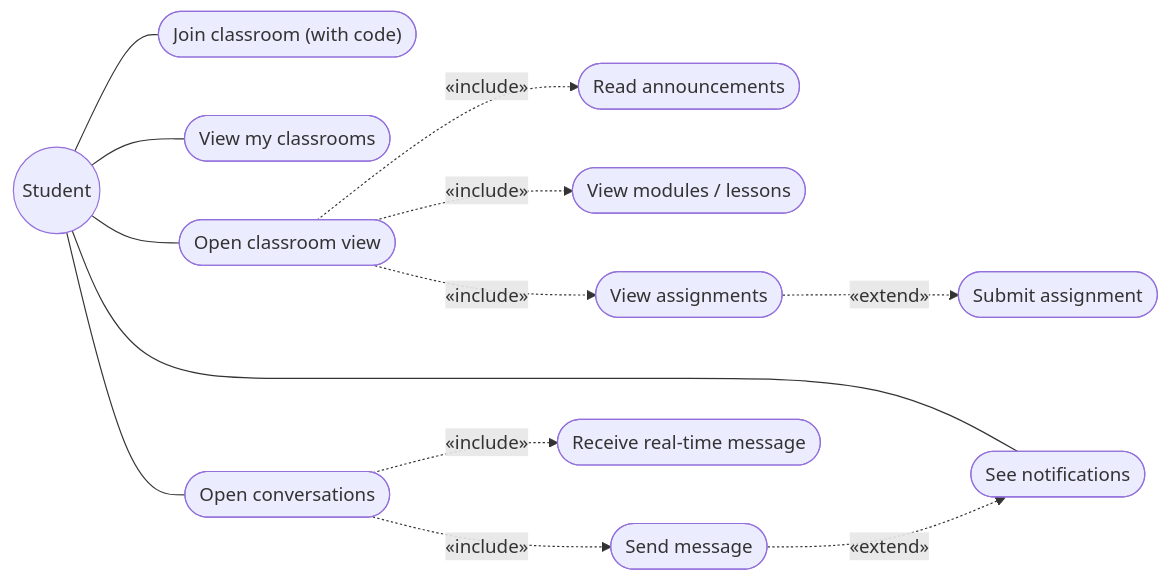
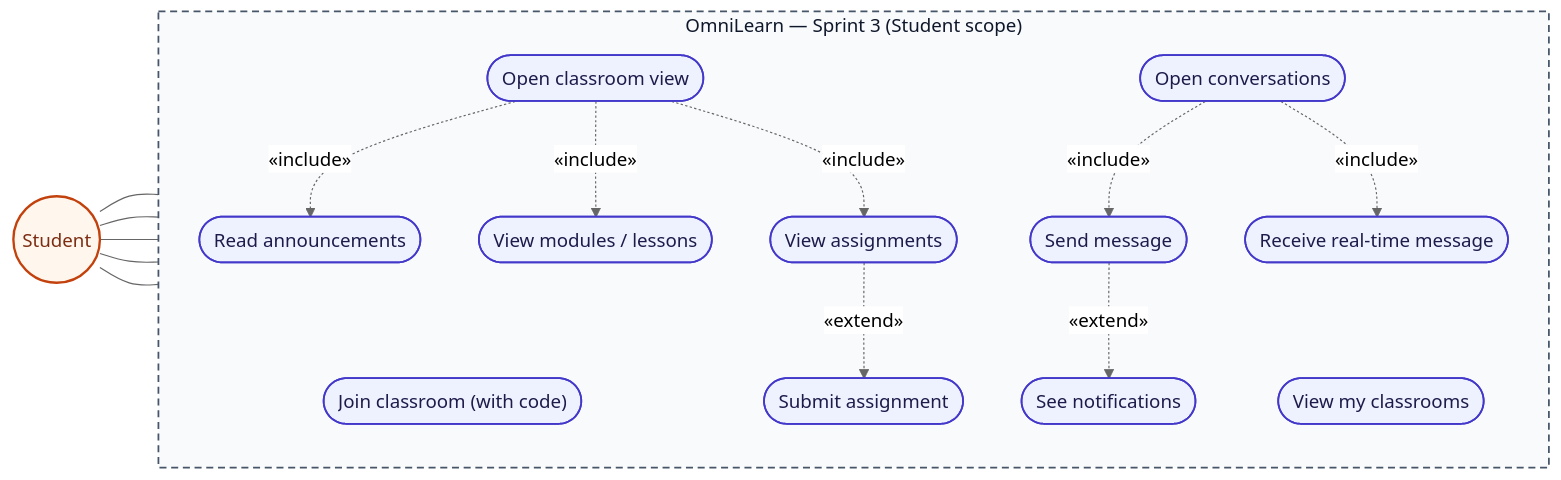
Before and after one commit to MaizaAymen/OmniLearn: the first of 9 diagrams in docs/07_chapitre5_sprint3.md, drawn with Mermaid. The commit also changed other lines of this file and 3 other files, not shown here.

````diff
--- a/docs/07_chapitre5_sprint3.md
+++ b/docs/07_chapitre5_sprint3.md
@@ -61,28 +61,38 @@
 ```mermaid
+%%{init: {"theme":"neutral"} }%%
 flowchart LR
-  Student((Student))
-  Join(["Join classroom (with code)"])
-  ListMine(["View my classrooms"])
-  ViewClass(["Open classroom view"])
-  ReadAnn(["Read announcements"])
-  ViewLesson(["View modules / lessons"])
-  ViewAss(["View assignments"])
-  Submit(["Submit assignment"])
-  Conv(["Open conversations"])
-  Send(["Send message"])
-  Recv(["Receive real-time message"])
-  Notif(["See notifications"])
+  classDef actor fill:#fff7ed,stroke:#c2410c,stroke-width:2px,color:#7c2d12
+  classDef uc    fill:#eef2ff,stroke:#4338ca,stroke-width:1.5px,color:#1e1b4b
+  classDef sys   fill:#f8fafc,stroke:#475569,stroke-width:1.5px,stroke-dasharray:6 4,color:#0f172a
+
+  Student((Student)):::actor
+
+  subgraph S["OmniLearn — Sprint 3 (Student scope)"]
+    direction TB
+    Join(["Join classroom (with code)"]):::uc
+    ListMine(["View my classrooms"]):::uc
+    ViewClass(["Open classroom view"]):::uc
+    ReadAnn(["Read announcements"]):::uc
+    ViewLesson(["View modules / lessons"]):::uc
+    ViewAss(["View assignments"]):::uc
+    Submit(["Submit assignment"]):::uc
+    Conv(["Open conversations"]):::uc
+    Send(["Send message"]):::uc
+    Recv(["Receive real-time message"]):::uc
+    Notif(["See notifications"]):::uc
+  end
+  class S sys
 
   Student --- Join
   Student --- ListMine
   Student --- ViewClass
   Student --- Conv
   Student --- Notif
-  ViewClass -. "&laquo;include&raquo;" .-> ReadAnn
-  ViewClass -. "&laquo;include&raquo;" .-> ViewLesson
-  ViewClass -. "&laquo;include&raquo;" .-> ViewAss
-  ViewAss   -. "&laquo;extend&raquo;"  .-> Submit
-  Conv      -. "&laquo;include&raquo;" .-> Send
-  Conv      -. "&laquo;include&raquo;" .-> Recv
-  Send      -. "&laquo;extend&raquo;"  .-> Notif
+  ViewClass -. "«include»" .-> ReadAnn
+  ViewClass -. "«include»" .-> ViewLesson
+  ViewClass -. "«include»" .-> ViewAss
+  ViewAss   -. "«extend»"  .-> Submit
+  Conv      -. "«include»" .-> Send
+  Conv      -. "«include»" .-> Recv
+  Send      -. "«extend»"  .-> Notif
 ```
````
